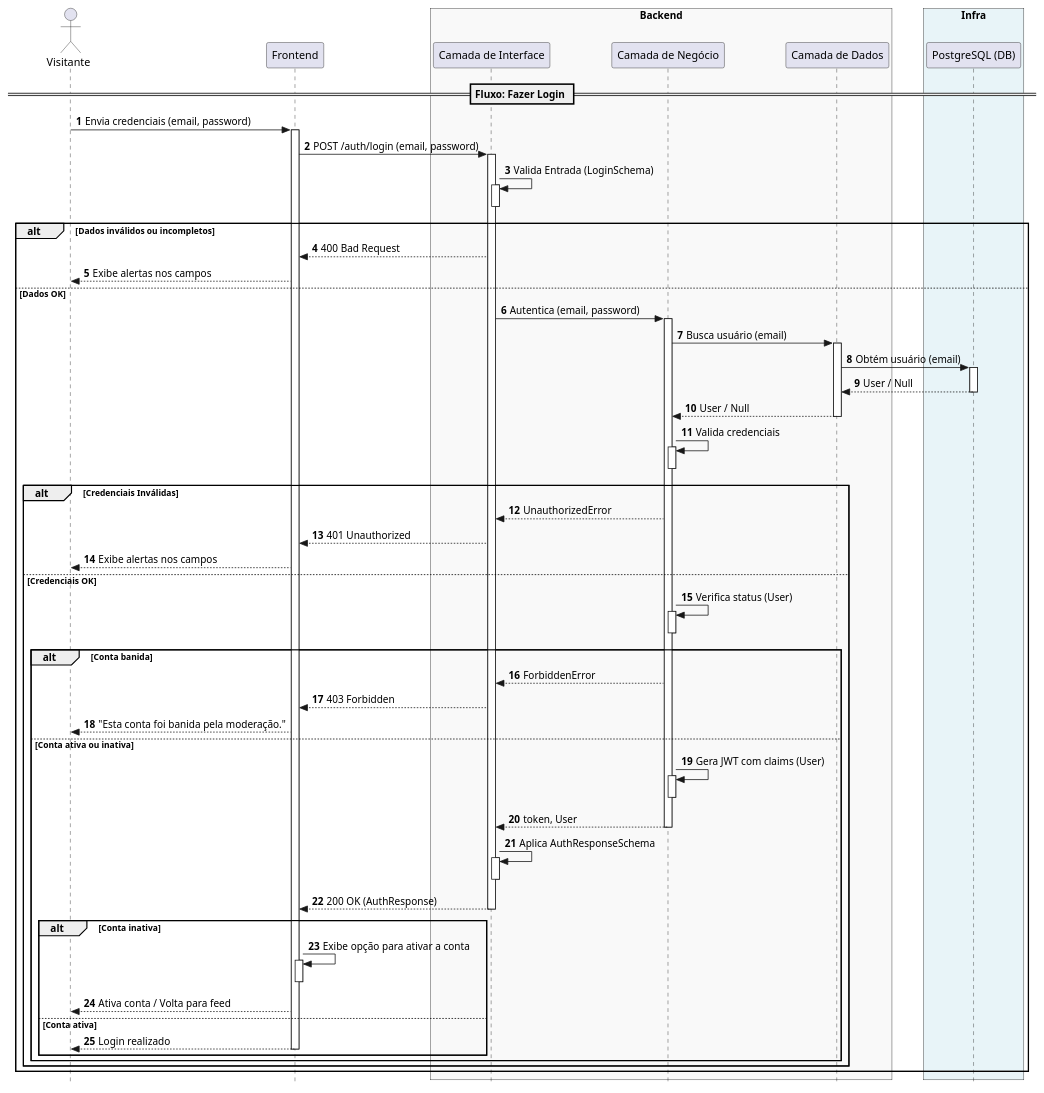
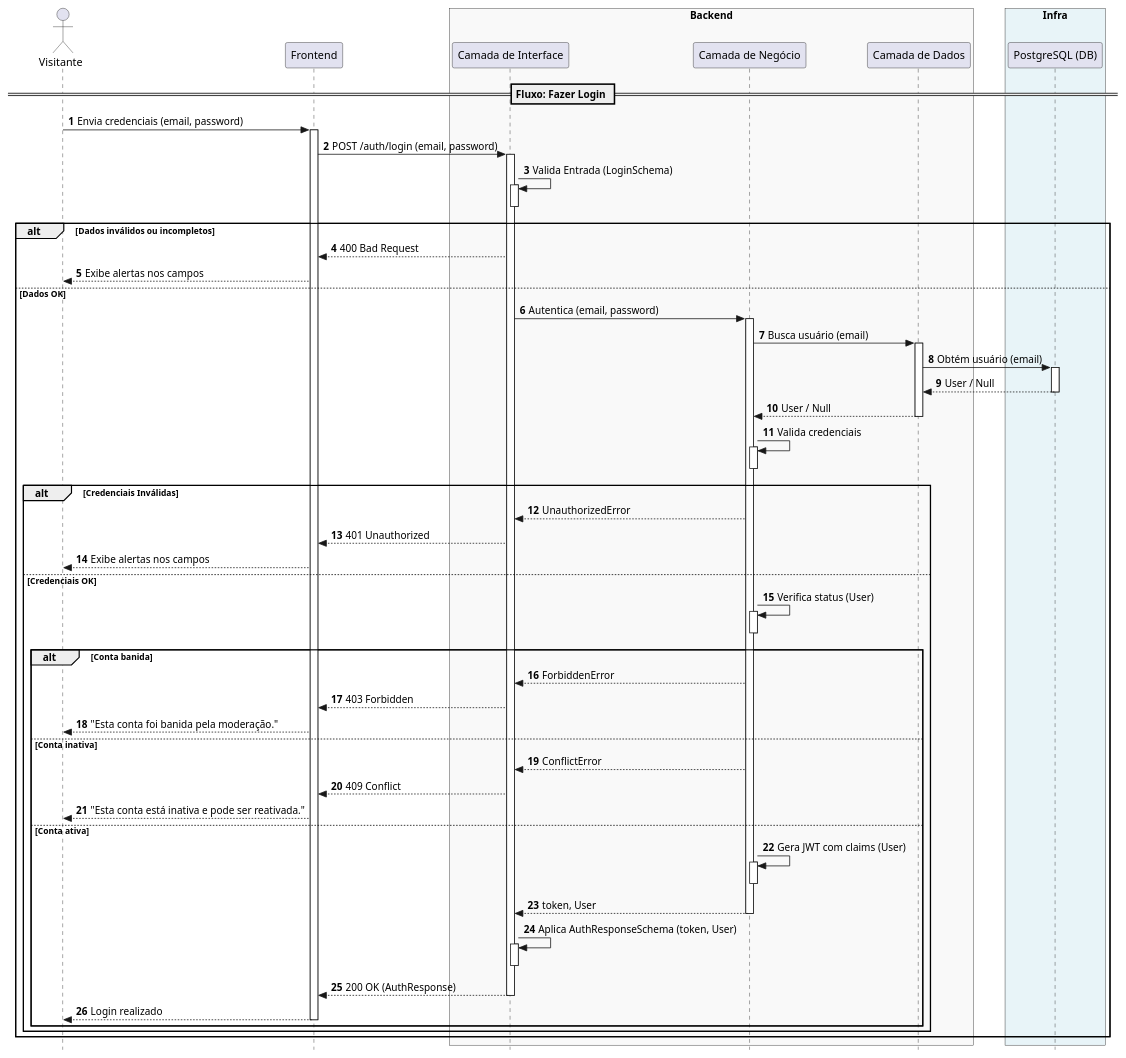
One commit to karlsen16/OndeTa changed the diagram in docs/uml/sequence/puml/02_user_login.puml. Above: the diagram before and after it, drawn with PlantUML. The commit also changed 16 other files, not shown here.

```diff
--- a/docs/uml/sequence/puml/02_user_login.puml
+++ b/docs/uml/sequence/puml/02_user_login.puml
@@ -1,83 +1,79 @@
 @startuml
 autonumber
 skinparam style strictuml
 
 actor "Visitante" as Guest
 participant "Frontend" as UI
 
 box "Backend" #f9f9f9
     participant "Camada de Interface" as CI
     participant "Camada de Negócio" as CN
     participant "Camada de Dados" as CD
 end box
 
 box "Infra" #e8f4f8
     participant "PostgreSQL (DB)" as DB
 end box
 
 == Fluxo: Fazer Login ==
 
 Guest -> UI : Envia credenciais (email, password)
 activate UI
 UI -> CI : POST /auth/login (email, password)
 activate CI
 CI -> CI : Valida Entrada (LoginSchema)
 activate CI
 deactivate CI
 
 alt Dados inválidos ou incompletos
     CI --> UI : 400 Bad Request
     UI --> Guest : Exibe alertas nos campos
 else Dados OK
     CI -> CN : Autentica (email, password)
     activate CN
     CN -> CD : Busca usuário (email)
     activate CD
     CD -> DB : Obtém usuário (email)
     activate DB
     DB --> CD : User / Null
     deactivate DB
     CD --> CN : User / Null
     deactivate CD
     CN -> CN : Valida credenciais
     activate CN
     deactivate CN
 
     alt Credenciais Inválidas
         CN --> CI : UnauthorizedError
         CI --> UI : 401 Unauthorized
         UI --> Guest : Exibe alertas nos campos
     else Credenciais OK
         CN -> CN : Verifica status (User)
         activate CN
         deactivate CN
 
         alt Conta banida
             CN --> CI : ForbiddenError
             CI --> UI : 403 Forbidden
             UI --> Guest : "Esta conta foi banida pela moderação."
-        else Conta ativa ou inativa
+        else Conta inativa
+            CN --> CI : ConflictError
+            CI --> UI : 409 Conflict
+            UI --> Guest : "Esta conta está inativa e pode ser reativada."
+        else Conta ativa
             CN -> CN : Gera JWT com claims (User)
             activate CN
             deactivate CN
             CN --> CI : token, User
             deactivate CN
-            CI -> CI : Aplica AuthResponseSchema
+            CI -> CI : Aplica AuthResponseSchema (token, User)
             activate CI
             deactivate CI
             CI --> UI : 200 OK (AuthResponse)
             deactivate CI
-
-            alt Conta inativa
-                UI -> UI : Exibe opção para ativar a conta
-                activate UI
-                deactivate UI
-                UI --> Guest : Ativa conta / Volta para feed
-            else Conta ativa
-                UI --> Guest : Login realizado
-                deactivate UI
-            end
+            UI --> Guest : Login realizado
+            deactivate UI
         end
     end
 end
 @enduml
```
